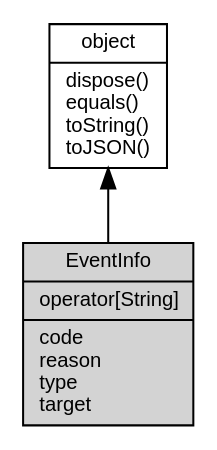
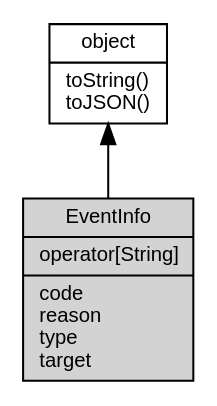
The diagram in docs/object/ifs/EventInfo.md (asionius/fibjs-ceph), drawn with Graphviz before and after one commit. The commit also changed other lines of this file and 138 other files, not shown here.

````diff
--- a/docs/object/ifs/EventInfo.md
+++ b/docs/object/ifs/EventInfo.md
@@ -5,10 +5,10 @@
 ```dot
 digraph {
     node [fontname="Helvetica,sans-Serif", fontsize=10, shape="record", style="filled", fillcolor="white"];
 
-    object [tooltip="object", URL="object.md", label="{object|dispose()\lequals()\ltoString()\ltoJSON()\l}"];
-    EventInfo [tooltip="EventInfo", fillcolor="lightgray", label="{EventInfo|operator[String]\l|code\lreason\ltype\ltarget\l}"];
+    object [tooltip="object", URL="object.md", label="{object|toString()\ltoJSON()\l}"];
+    EventInfo [tooltip="EventInfo", fillcolor="lightgray", id="me", label="{EventInfo|operator[String]\l|code\lreason\ltype\ltarget\l}"];
 
     object -> EventInfo [dir=back];
 }
 ```
````
